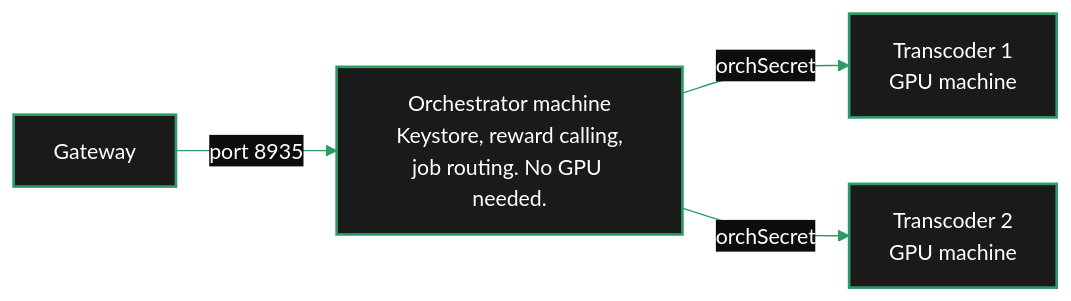
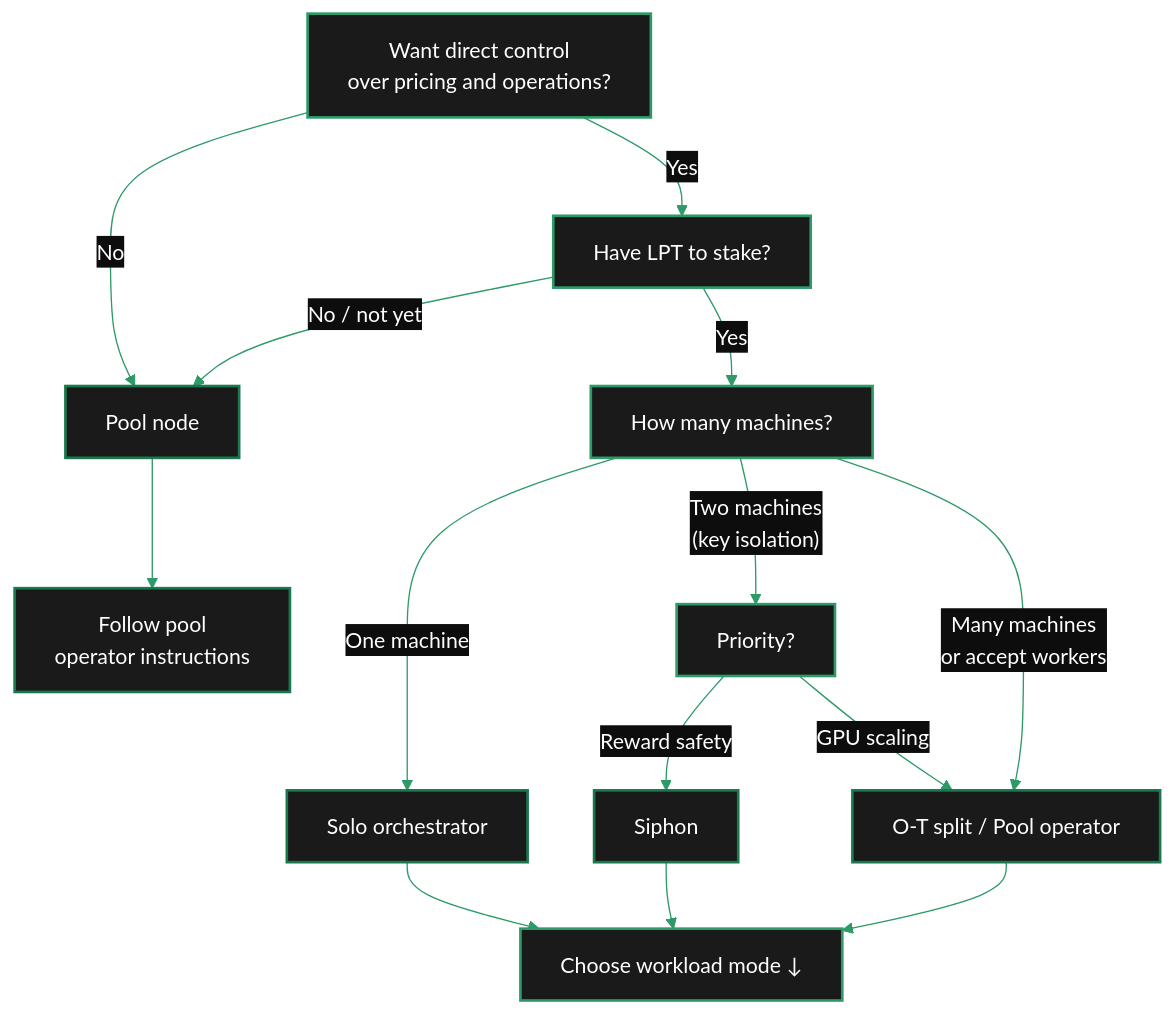
One commit to sidestream-tech/livepeer-docs changed the diagram in v2/orchestrators/guides/deployment-details/setup-options.mdx. Above: the diagram before and after it, drawn with Mermaid. The commit also changed other lines of this file and 23 other files, not shown here.

````diff
--- a/v2/orchestrators/guides/deployment-details/setup-options.mdx
+++ b/v2/orchestrators/guides/deployment-details/setup-options.mdx
@@ -124,9 +338,26 @@
-```mermaid title="O-T split topology"
+```mermaid
 %%{init: {'theme': 'base', 'themeVariables': { 'primaryColor': '#1a1a1a', 'primaryTextColor': '#fff', 'primaryBorderColor': '#2d9a67', 'lineColor': '#2d9a67', 'secondaryColor': '#0d0d0d', 'tertiaryColor': '#1a1a1a', 'background': '#0d0d0d', 'fontFamily': 'system-ui' }}}%%
-flowchart LR
-    GW["Gateway"] -->|"port 8935"| O["Orchestrator machine\nKeystore, reward calling,\njob routing. No GPU needed."]
-    O -->|"orchSecret"| T1["Transcoder 1\nGPU machine"]
-    O -->|"orchSecret"| T2["Transcoder 2\nGPU machine"]
+flowchart TD
+    classDef default stroke-width:2px
+    classDef outcome fill:#1a1a1a,color:#fff,stroke:#18794E,stroke-width:2px
 
-    classDef default fill:#1a1a1a,color:#fff,stroke:#2d9a67,stroke-width:2px
+    Q1["Want direct control\nover pricing and operations?"] -->|No| POOL["Pool node"]
+    Q1 -->|Yes| Q2["Have LPT to stake?"]
+
+    Q2 -->|"No / not yet"| POOL
+    Q2 -->|Yes| Q3["How many machines?"]
+
+    Q3 -->|"One machine"| SOLO["Solo orchestrator"]
+    Q3 -->|"Two machines\n(key isolation)"| Q4["Priority?"]
+    Q3 -->|"Many machines\nor accept workers"| OT["O-T split / Pool operator"]
+
+    Q4 -->|"Reward safety"| SIPHON["Siphon"]
+    Q4 -->|"GPU scaling"| OT
+
+    SOLO --> WORK["Choose workload mode ↓"]
+    SIPHON --> WORK
+    OT --> WORK
+    POOL --> DONE["Follow pool\noperator instructions"]
+
+    class POOL,SOLO,SIPHON,OT,DONE outcome
 ```
````
